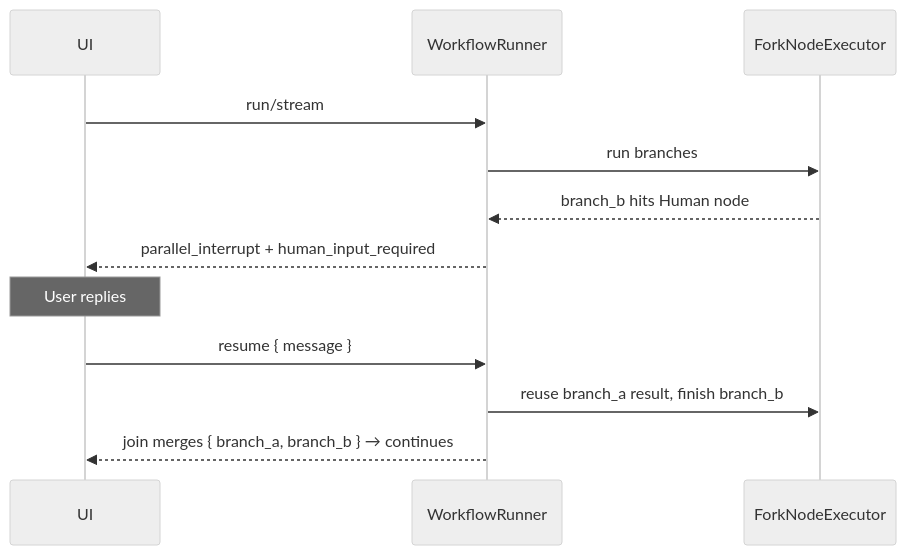
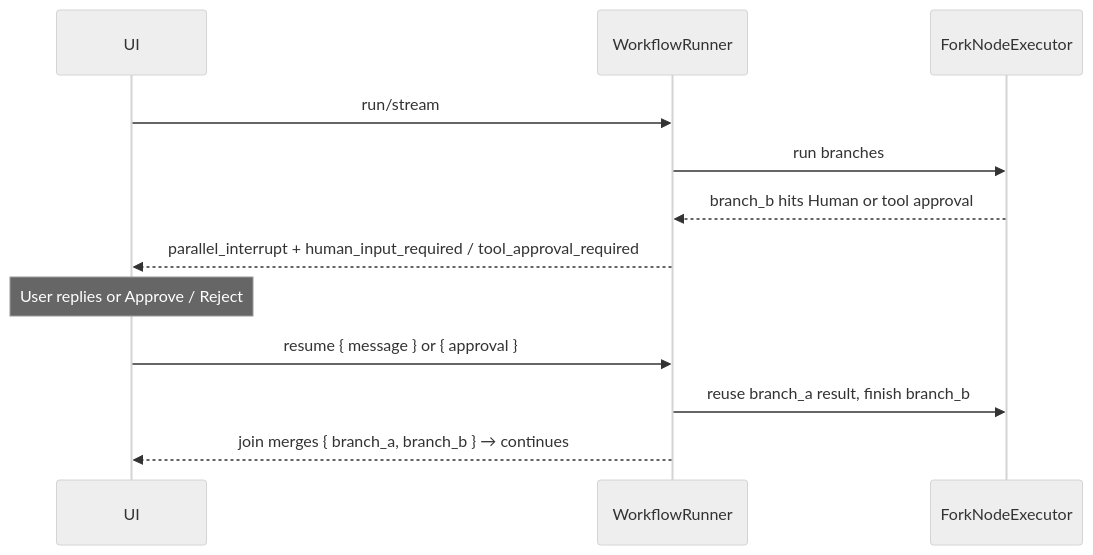
The third of 3 diagrams in docs/guides/workflows/human-in-the-loop.md (digitalelvis/neuronai-studio), drawn with Mermaid (neutral theme) before and after one commit. The commit also changed other lines of this file and 2 other files, not shown here.

First line of the commit message:
docs(workflows): document tool approval inside parallel branches

````diff
--- a/docs/guides/workflows/human-in-the-loop.md
+++ b/docs/guides/workflows/human-in-the-loop.md
@@ -121,15 +125,15 @@
 ```mermaid
 sequenceDiagram
     participant UI
     participant Runner as WorkflowRunner
     participant Fork as ForkNodeExecutor
 
     UI->>Runner: run/stream
     Runner->>Fork: run branches
-    Fork-->>Runner: branch_b hits Human node
-    Runner-->>UI: parallel_interrupt + human_input_required
-    Note over UI: User replies
-    UI->>Runner: resume { message }
+    Fork-->>Runner: branch_b hits Human or tool approval
+    Runner-->>UI: parallel_interrupt + human_input_required / tool_approval_required
+    Note over UI: User replies or Approve / Reject
+    UI->>Runner: resume { message } or { approval }
     Runner->>Fork: reuse branch_a result, finish branch_b
     Runner-->>UI: join merges { branch_a, branch_b } → continues
 ```
````
